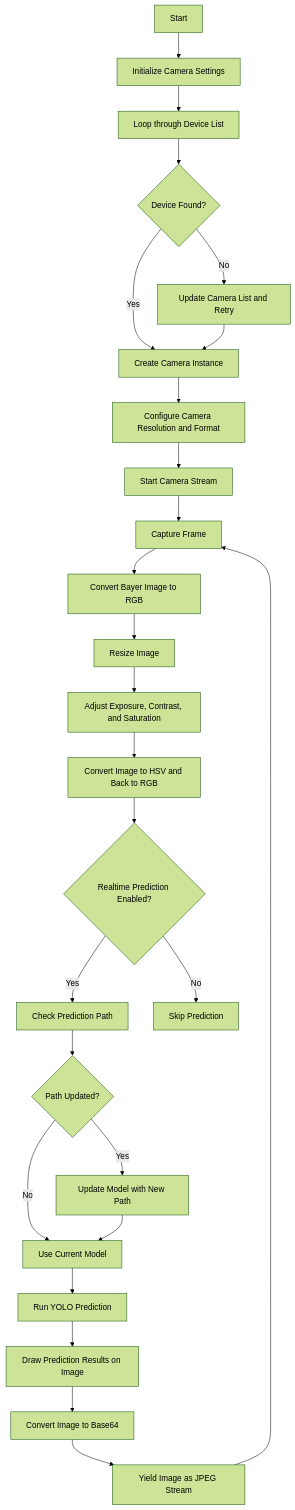
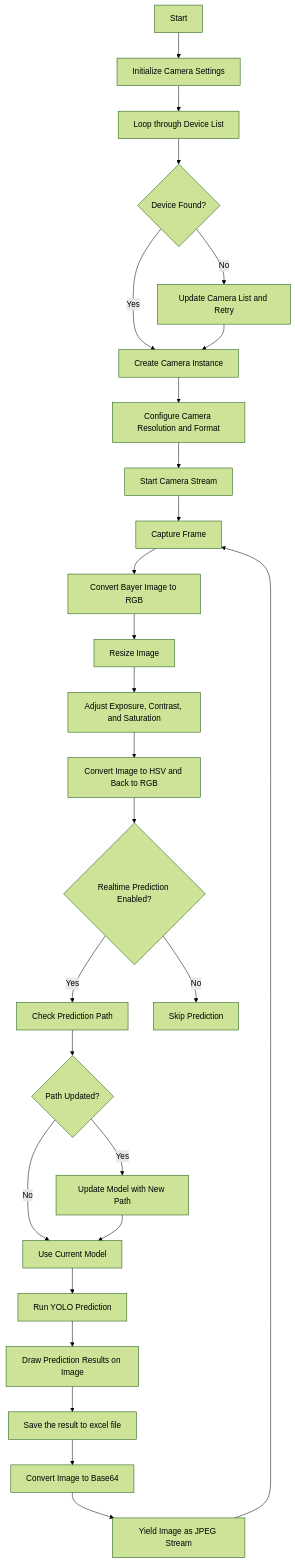
Before and after one commit to GreenAI4U/SURFAC_ANALYZER: the diagram in pipelinerBackend/inference-flow.mermaid, drawn with Mermaid (forest theme).

```diff
--- a/pipelinerBackend/inference-flow.mermaid
+++ b/pipelinerBackend/inference-flow.mermaid
@@ -1,35 +1,36 @@
 graph TD
     Start["Start"] --> A[Initialize Camera Settings]
     A --> B[Loop through Device List]
     B --> C{Device Found?}
     C -- Yes --> D[Create Camera Instance]
     C -- No --> E[Update Camera List and Retry]
     E --> D
 
     D --> F[Configure Camera Resolution and Format]
     F --> G[Start Camera Stream]
 
     G --> H[Capture Frame]
     H --> I[Convert Bayer Image to RGB]
     I --> J[Resize Image]
     
     J --> K[Adjust Exposure, Contrast, and Saturation]
     K --> L[Convert Image to HSV and Back to RGB]
     
     L --> M{Realtime Prediction Enabled?}
     M -- Yes --> N[Check Prediction Path]
     M -- No --> O[Skip Prediction]
     
     N --> P{Path Updated?}
     P -- Yes --> Q[Update Model with New Path]
     P -- No --> R[Use Current Model]
     
     Q --> R
 
     R --> S[Run YOLO Prediction]
     S --> T[Draw Prediction Results on Image]
-    
-    T --> U[Convert Image to Base64]
+    T --> z[Save the result to excel file]
+
+    z --> U[Convert Image to Base64]
     U --> V[Yield Image as JPEG Stream]
 
     V --> H
```
